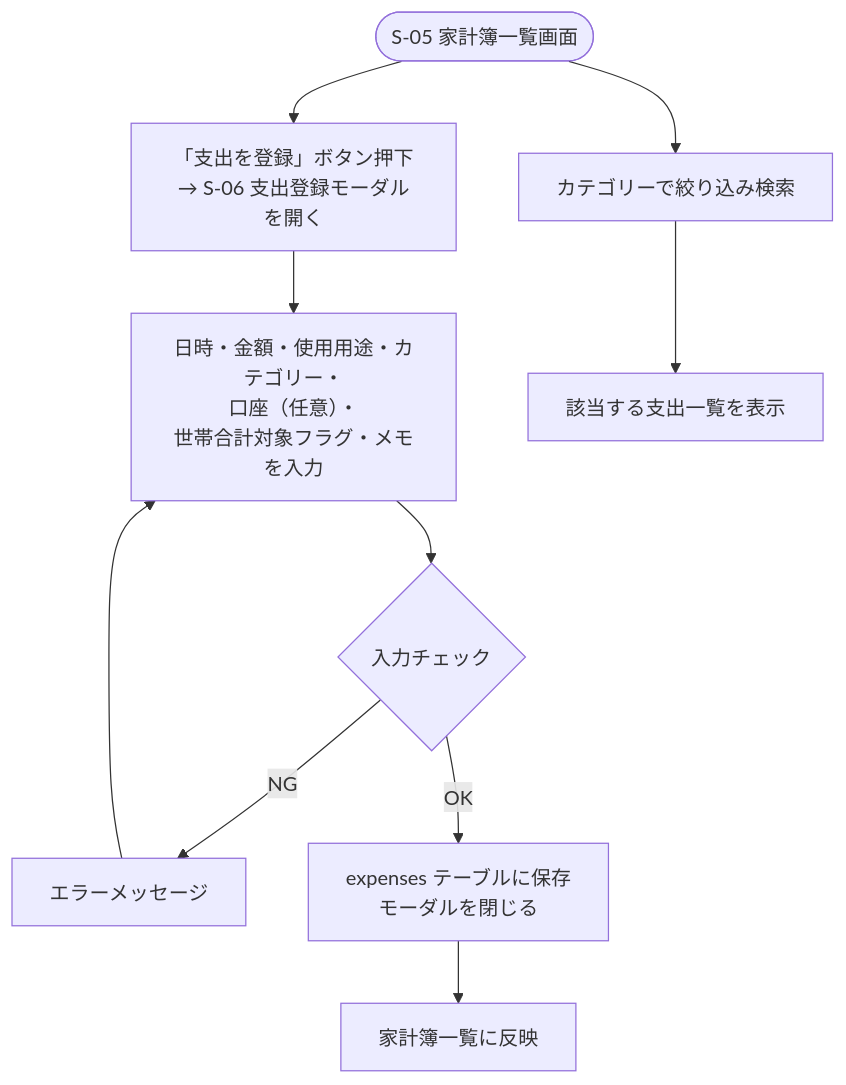
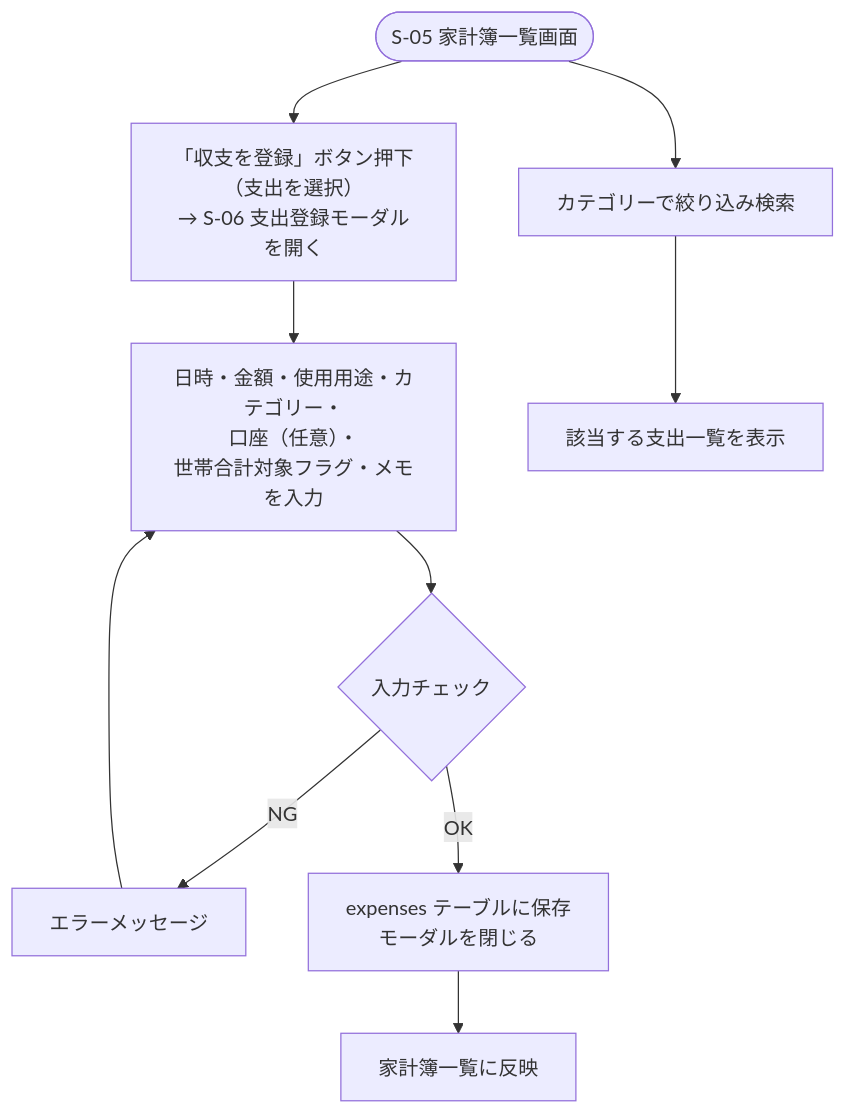
One commit to yamamotonaoki3/HomeLog changed the diagram in docs/details/features/F03_kakeibo_expense.md. Above: the diagram before and after it, drawn with Mermaid. The commit also changed other lines of this file and 19 other files, not shown here.

````diff
--- a/docs/details/features/F03_kakeibo_expense.md
+++ b/docs/details/features/F03_kakeibo_expense.md
@@ -22,12 +22,12 @@
 ```mermaid
 flowchart TD
-    A([S-05 家計簿一覧画面]) --> B["「支出を登録」ボタン押下\n→ S-06 支出登録モーダルを開く"]
+    A([S-05 家計簿一覧画面]) --> B["「収支を登録」ボタン押下（支出を選択）\n→ S-06 支出登録モーダルを開く"]
     B --> C[日時・金額・使用用途・カテゴリー・\n口座（任意）・\n世帯合計対象フラグ・メモを入力]
     C --> D{入力チェック}
     D -- NG --> E[エラーメッセージ]
     E --> C
     D -- OK --> F[expenses テーブルに保存\nモーダルを閉じる]
     F --> G[家計簿一覧に反映]
     A --> H[カテゴリーで絞り込み検索]
     H --> I[該当する支出一覧を表示]
 ```
````
